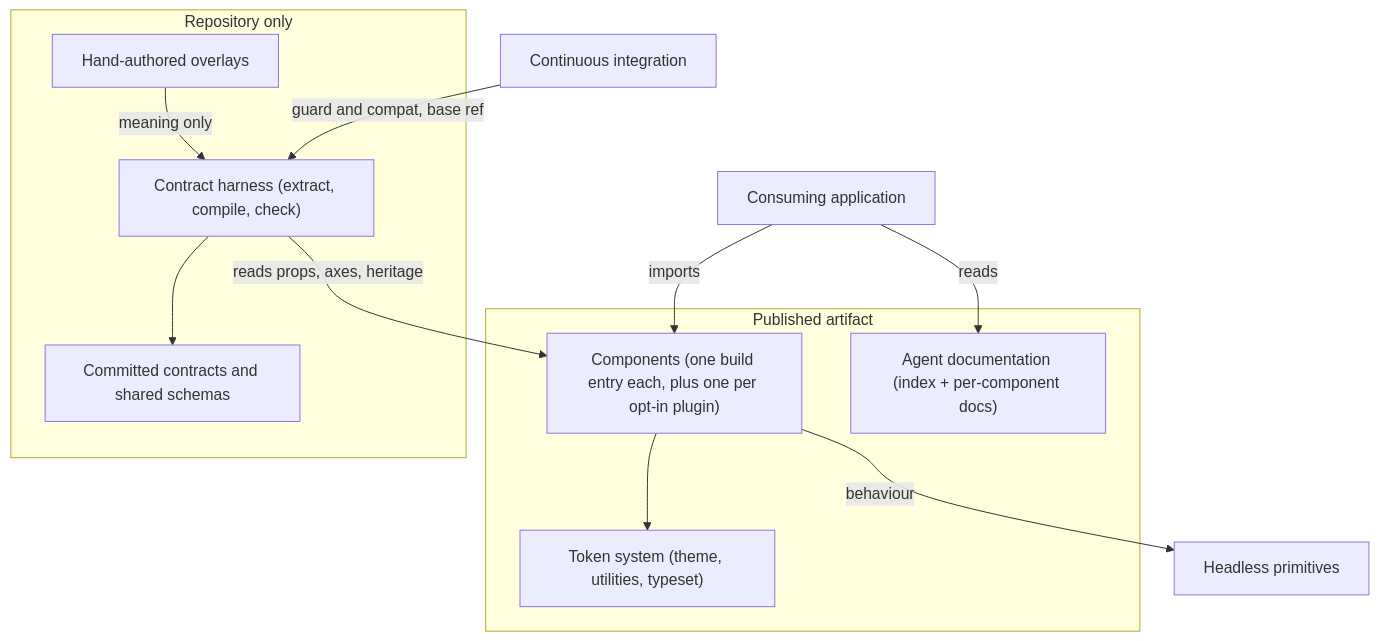
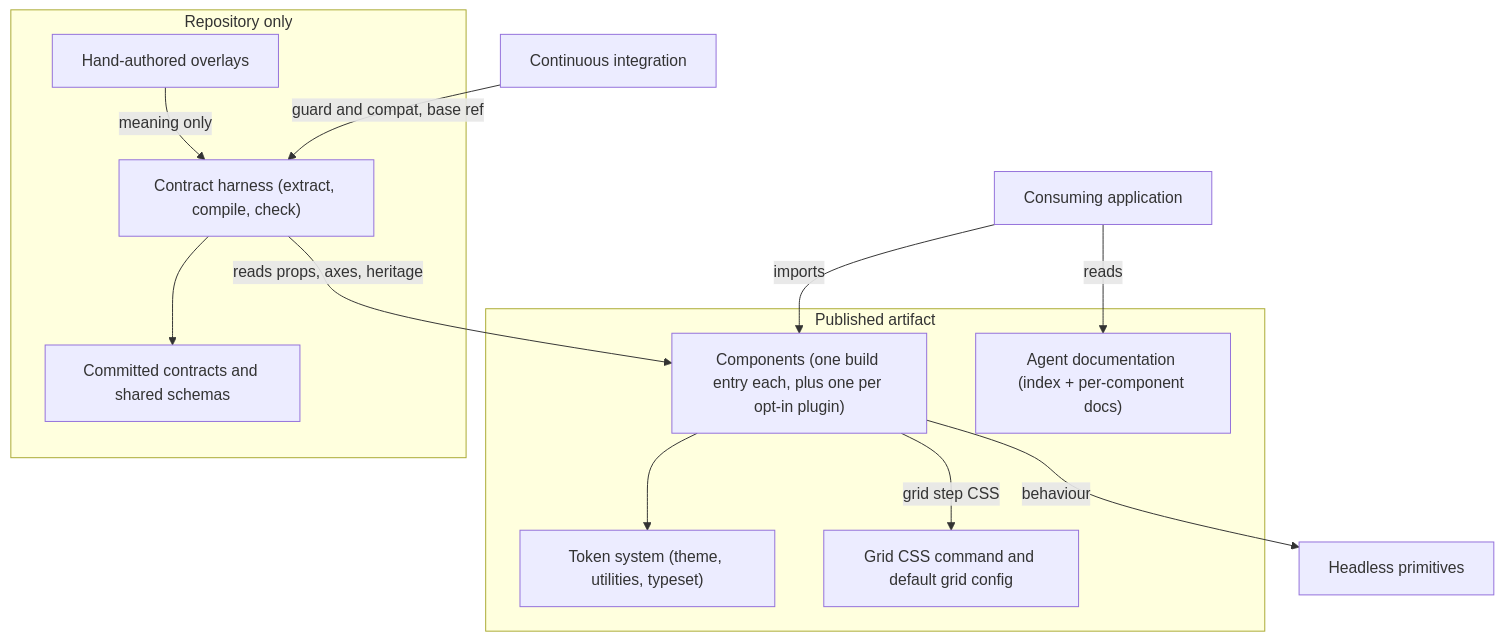
Before and after one commit to constructorfabric/gears-frontx: the first of 3 diagrams in packages/ui-kit/architecture/DESIGN.md, drawn with Mermaid. The commit also changed other lines of this file and 27 other files, not shown here.

````diff
--- a/packages/ui-kit/architecture/DESIGN.md
+++ b/packages/ui-kit/architecture/DESIGN.md
@@ -82,21 +82,23 @@
 ```mermaid
 graph TD
     subgraph Published[Published artifact]
         Comp["Components (one build entry each, plus one per opt-in plugin)"]
         Tokens["Token system (theme, utilities, typeset)"]
+        GridCss["Grid CSS command and default grid config"]
         Docs["Agent documentation (index + per-component docs)"]
     end
     subgraph Repo[Repository only]
         Harness["Contract harness (extract, compile, check)"]
         Overlay["Hand-authored overlays"]
         Artifacts["Committed contracts and shared schemas"]
     end
     Comp --> Tokens
+    Comp -- "grid step CSS" --> GridCss
     Comp -- "behaviour" --> Primitives["Headless primitives"]
     Harness -- "reads props, axes, heritage" --> Comp
     Overlay -- "meaning only" --> Harness
     Harness --> Artifacts
     CI["Continuous integration"] -- "guard and compat, base ref" --> Harness
     Consumer["Consuming application"] -- "imports" --> Comp
     Consumer -- "reads" --> Docs
 ```
````
